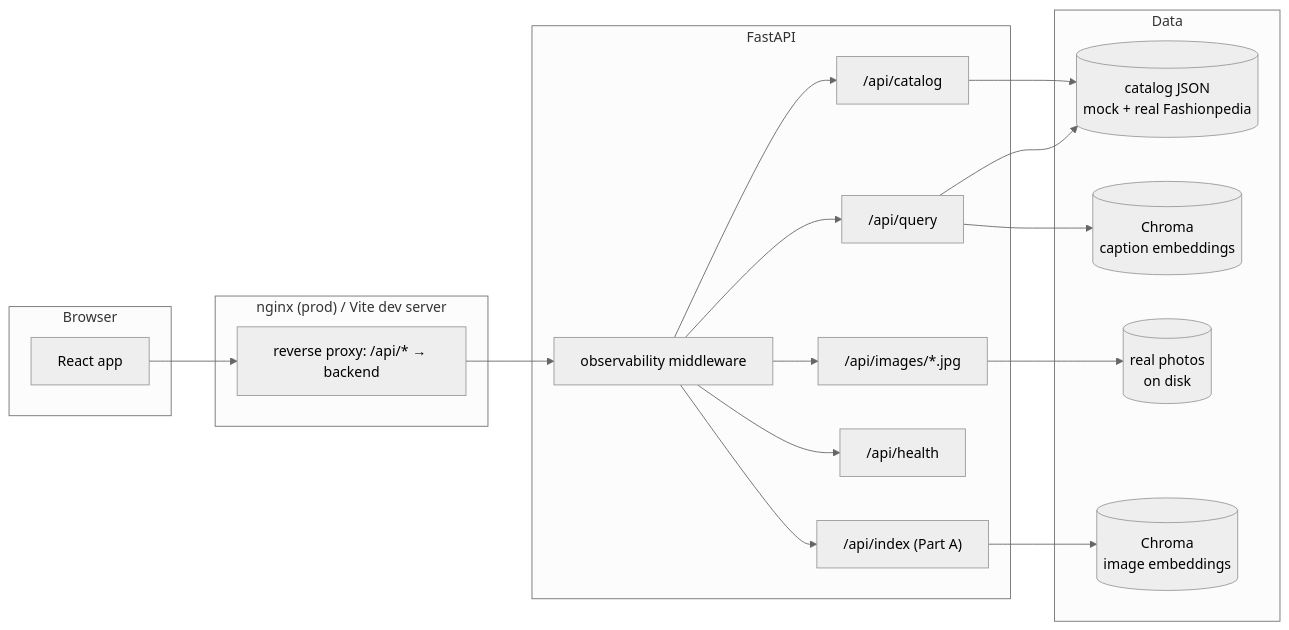
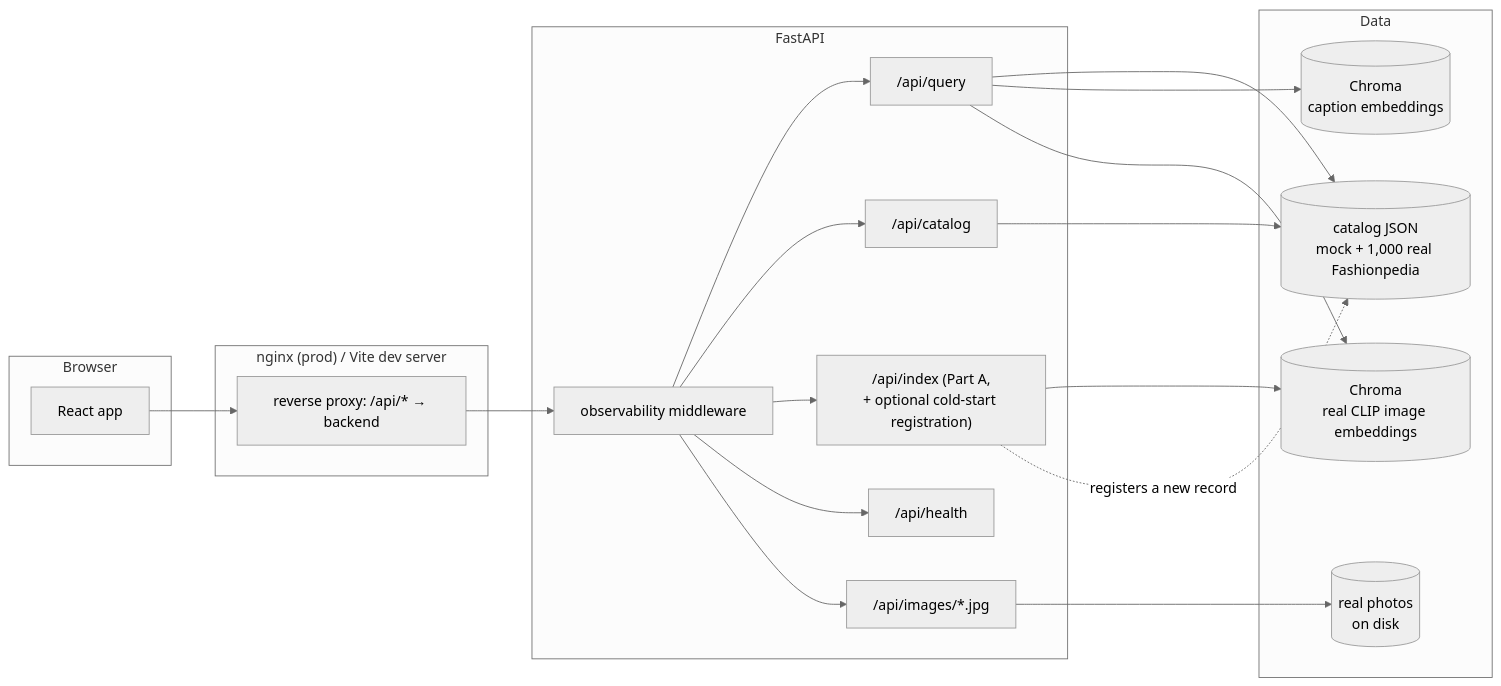
One commit to sh4shv4t/strand changed the first of 2 diagrams in README.md. Above: the diagram before and after it, drawn with Mermaid (neutral theme). The commit also changed other lines of this file and 1 other file, not shown here.

````diff
--- a/README.md
+++ b/README.md
@@ -24,30 +34,32 @@
 ```mermaid
 flowchart LR
   subgraph Browser
     UI["React app"]
   end
   subgraph Frontend["nginx (prod) / Vite dev server"]
     PX["reverse proxy: /api/* → backend"]
   end
   subgraph Backend["FastAPI"]
     MW["observability middleware"]
     RQ["/api/query"]
     RC["/api/catalog"]
-    RI["/api/index (Part A)"]
+    RI["/api/index (Part A,<br/>+ optional cold-start registration)"]
     RH["/api/health"]
     RIM["/api/images/*.jpg"]
   end
   subgraph Data
-    CAT[("catalog JSON<br/>mock + real Fashionpedia")]
+    CAT[("catalog JSON<br/>mock + 1,000 real Fashionpedia")]
     CH[("Chroma<br/>caption embeddings")]
     IMG[("real photos<br/>on disk")]
-    IVX[("Chroma<br/>image embeddings")]
+    IVX[("Chroma<br/>real CLIP image embeddings")]
   end
   UI --> PX --> MW
   MW --> RQ & RC & RI & RH & RIM
   RQ --> CAT
   RQ --> CH
+  RQ --> IVX
   RC --> CAT
   RI --> IVX
+  RI -.->|"registers a new record"| CAT
   RIM --> IMG
 ```
````
